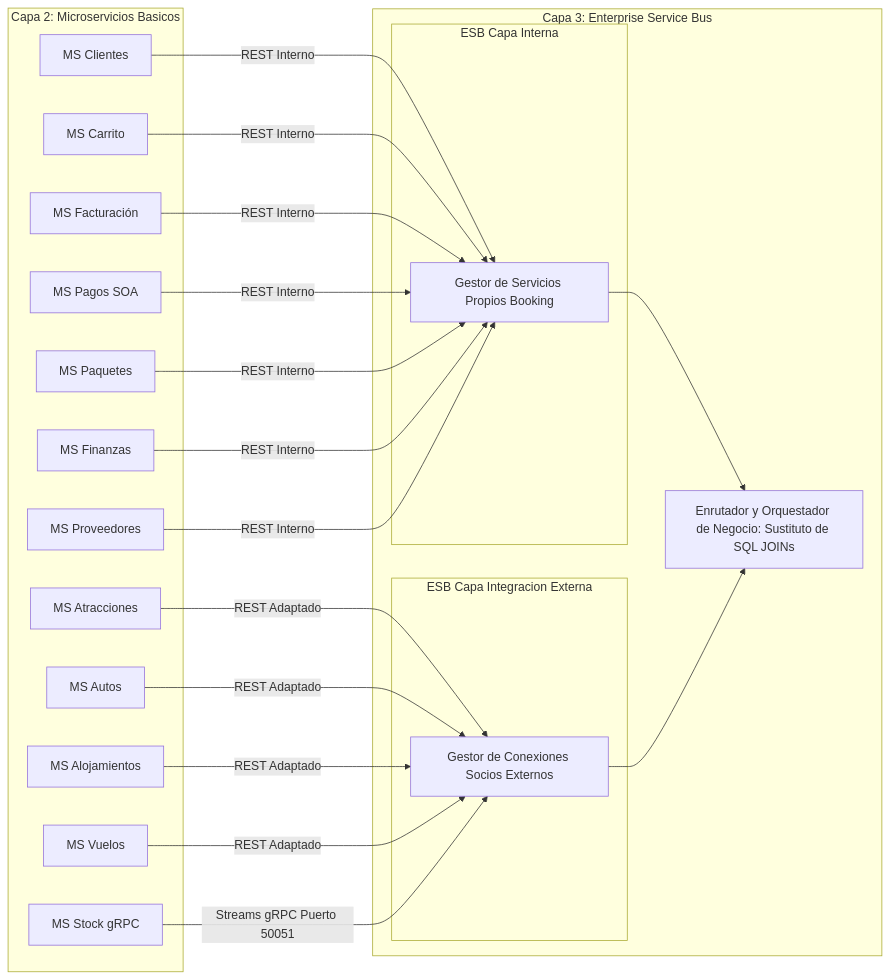
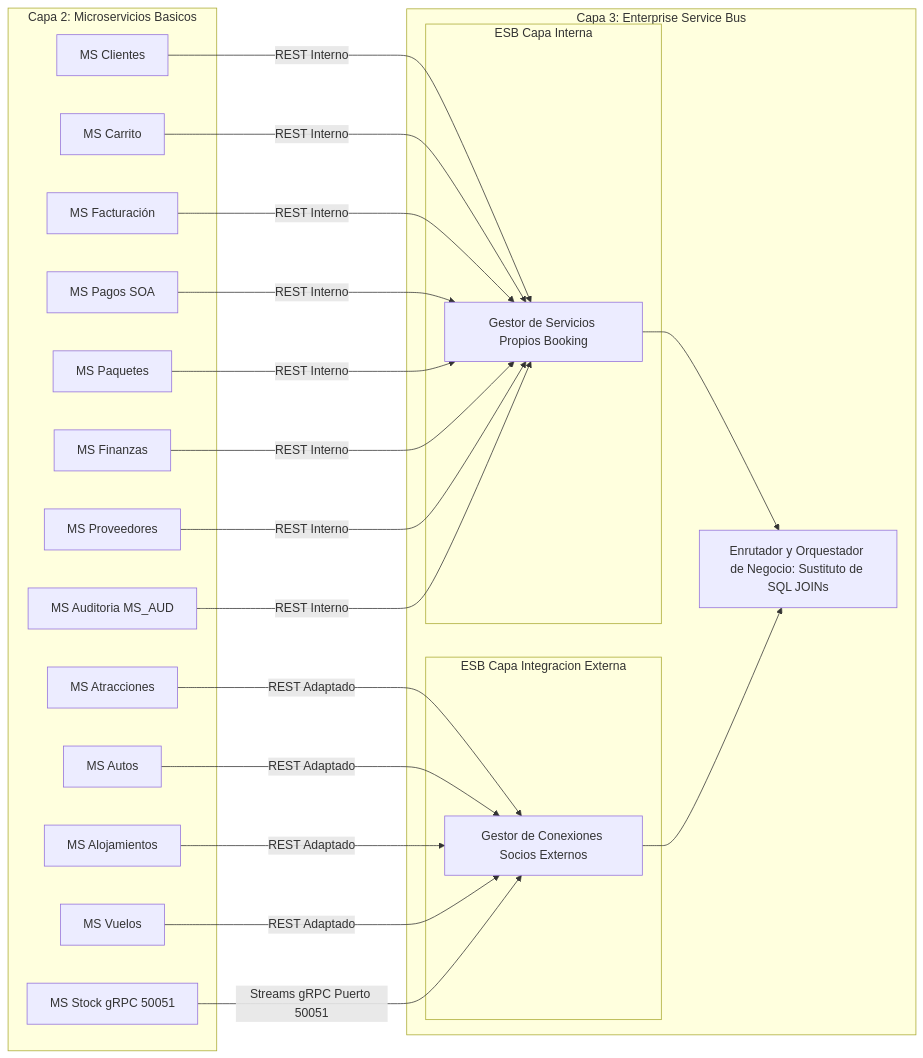
Before and after one commit to LizzuDev/RDA1-Integracion-Sistemas: the third of 20 diagrams in docs Paúl Rosero/architecture/ARQUITECTURA_RDA2_MICROSERVICIOS_PRODUCCION.md, drawn with Mermaid. The commit also changed other lines of this file and 11 other files, not shown here.

````diff
--- a/docs Paúl Rosero/architecture/ARQUITECTURA_RDA2_MICROSERVICIOS_PRODUCCION.md
+++ b/docs Paúl Rosero/architecture/ARQUITECTURA_RDA2_MICROSERVICIOS_PRODUCCION.md
@@ -942,35 +1284,36 @@
 ```mermaid
 graph LR
     subgraph Capa 2: Microservicios Basicos
         MS_1[MS Clientes]
         MS_2[MS Carrito]
         MS_3[MS Facturación]
         MS_4[MS Pagos SOA]
         MS_5[MS Paquetes]
         MS_6[MS Finanzas]
         MS_7[MS Proveedores]
+        MS_13[MS Auditoria MS_AUD]
         
         MS_8[MS Atracciones]
         MS_9[MS Autos]
         MS_10[MS Alojamientos]
         MS_11[MS Vuelos]
-        MS_12[MS Stock gRPC]
+        MS_12[MS Stock gRPC 50051]
     end
 
     subgraph Capa 3: Enterprise Service Bus
         subgraph ESB Capa Interna
             ESB_INT[Gestor de Servicios Propios Booking]
         end
         subgraph ESB Capa Integracion Externa
             ESB_EXT[Gestor de Conexiones Socios Externos]
         end
         ESB_CORE[Enrutador y Orquestador de Negocio: Sustituto de SQL JOINs]
     end
 
-    MS_1 & MS_2 & MS_3 & MS_4 & MS_5 & MS_6 & MS_7 -->|REST Interno| ESB_INT
+    MS_1 & MS_2 & MS_3 & MS_4 & MS_5 & MS_6 & MS_7 & MS_13 -->|REST Interno| ESB_INT
     MS_8 & MS_9 & MS_10 & MS_11 -->|REST Adaptado| ESB_EXT
     MS_12 -->|Streams gRPC Puerto 50051| ESB_EXT
 
     ESB_INT --> ESB_CORE
     ESB_EXT --> ESB_CORE
 ```
````
